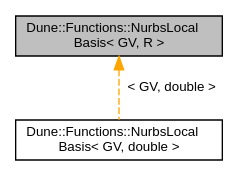
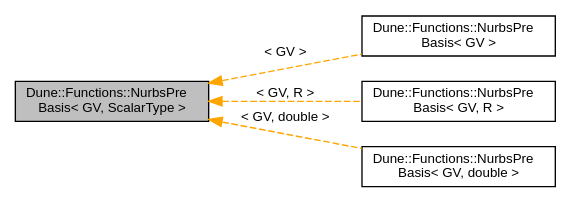
The diagram in d5/dad/a01207.dot (rath3t/dune-iga-doc), drawn with Graphviz before and after one commit. The commit also changed 818 other files, not shown here.

```diff
--- a/d5/dad/a01207.dot
+++ b/d5/dad/a01207.dot
@@ -1,9 +1,14 @@
-digraph "Dune::Functions::NurbsLocalBasis&lt; GV, R &gt;"
+digraph "Dune::Functions::NurbsPreBasis&lt; GV, ScalarType &gt;"
 {
  // LATEX_PDF_SIZE
   edge [fontname="Helvetica",fontsize="10",labelfontname="Helvetica",labelfontsize="10"];
   node [fontname="Helvetica",fontsize="10",shape=record];
-  Node1 [label="Dune::Functions::NurbsLocal\lBasis\< GV, R \>",height=0.2,width=0.4,color="black", fillcolor="grey75", style="filled", fontcolor="black",tooltip="LocalBasis class in the sense of dune-localfunctions, presenting the restriction of a B-spline patch ..."];
-  Node1 -> Node2 [dir="back",color="orange",fontsize="10",style="dashed",label=" \< GV, double \>" ,fontname="Helvetica"];
-  Node2 [label="Dune::Functions::NurbsLocal\lBasis\< GV, double \>",height=0.2,width=0.4,color="black", fillcolor="white", style="filled",URL="$d9/d31/a01208.html",tooltip=" "];
+  rankdir="LR";
+  Node1 [label="Dune::Functions::NurbsPre\lBasis\< GV, ScalarType \>",height=0.2,width=0.4,color="black", fillcolor="grey75", style="filled", fontcolor="black",tooltip="Pre-basis for B-spline basis."];
+  Node1 -> Node2 [dir="back",color="orange",fontsize="10",style="dashed",label=" \< GV \>" ,fontname="Helvetica"];
+  Node2 [label="Dune::Functions::NurbsPre\lBasis\< GV \>",height=0.2,width=0.4,color="black", fillcolor="white", style="filled",URL="$d9/d31/a01208.html",tooltip=" "];
+  Node1 -> Node3 [dir="back",color="orange",fontsize="10",style="dashed",label=" \< GV, R \>" ,fontname="Helvetica"];
+  Node3 [label="Dune::Functions::NurbsPre\lBasis\< GV, R \>",height=0.2,width=0.4,color="black", fillcolor="white", style="filled",URL="$d9/d31/a01208.html",tooltip=" "];
+  Node1 -> Node4 [dir="back",color="orange",fontsize="10",style="dashed",label=" \< GV, double \>" ,fontname="Helvetica"];
+  Node4 [label="Dune::Functions::NurbsPre\lBasis\< GV, double \>",height=0.2,width=0.4,color="black", fillcolor="white", style="filled",URL="$d9/d31/a01208.html",tooltip=" "];
 }
```
